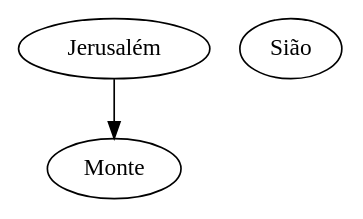
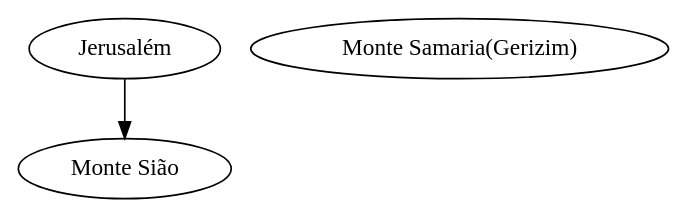
One commit to lucassdraft/logos-insights changed the diagram in locais.dot. Above: the diagram before and after it, drawn with Graphviz. The commit also changed 1 other file, not shown here.

```diff
--- a/locais.dot
+++ b/locais.dot
@@ -1,3 +1,4 @@
 digraph Locais {
-    Jerusalém -> Monte Sião
+    Jerusalém -> "Monte Sião"
+    "Monte Samaria(Gerizim)" [label="Monte Samaria(Gerizim)" tooltip="Também chamado de Gerizim, localizado em Samaria"]
 }
```
